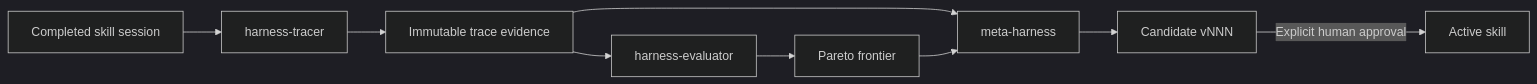
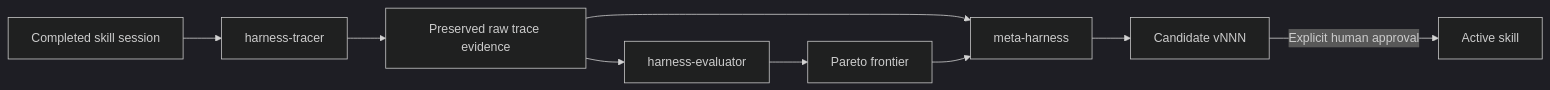
The diagram in docs/workflow/META-HARNESS.md (romabeckman/harness-kit), drawn with Mermaid (dark theme) before and after one commit. The commit also changed other lines of this file and 2 other files, not shown here.

````diff
--- a/docs/workflow/META-HARNESS.md
+++ b/docs/workflow/META-HARNESS.md
@@ -27,11 +29,11 @@
 ```mermaid
 flowchart LR
     A[Completed skill session] --> B[harness-tracer]
-    B --> C[Immutable trace evidence]
+    B --> C[Preserved raw trace evidence]
     C --> D[harness-evaluator]
     D --> E[Pareto frontier]
     C --> F[meta-harness]
     E --> F
     F --> G[Candidate vNNN]
     G -->|Explicit human approval| H[Active skill]
 ```
````
